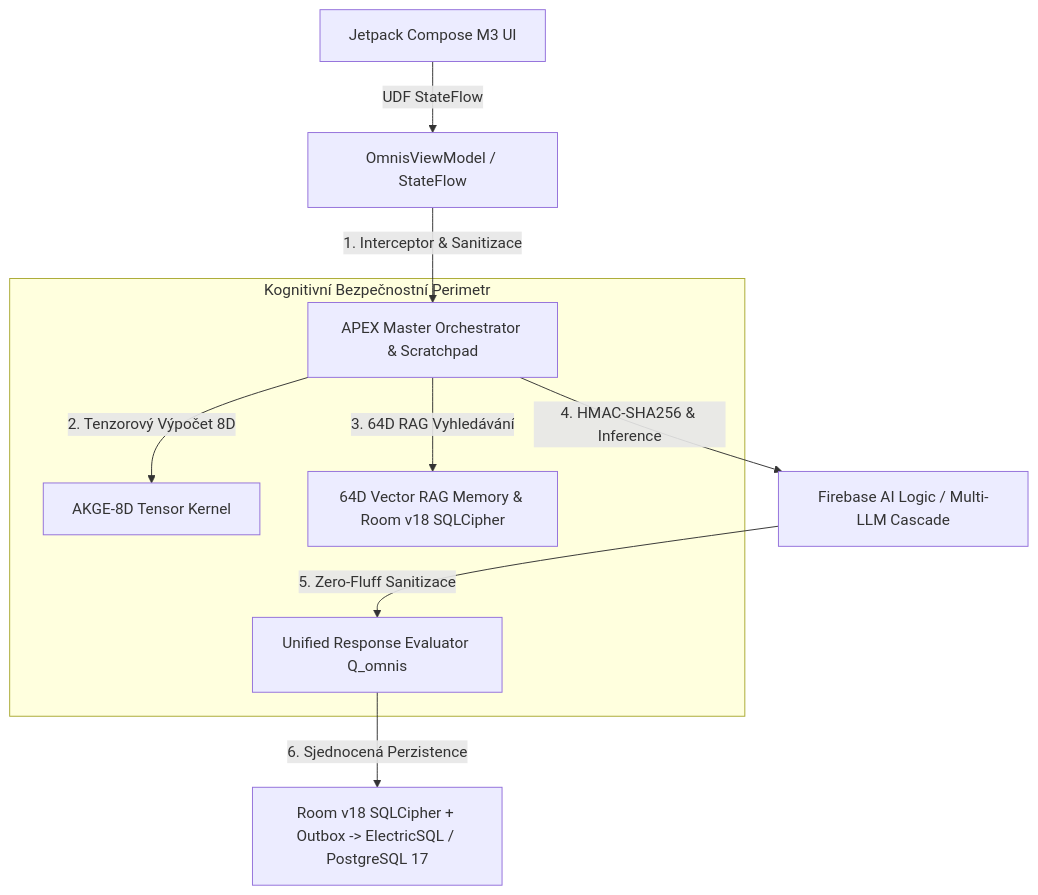
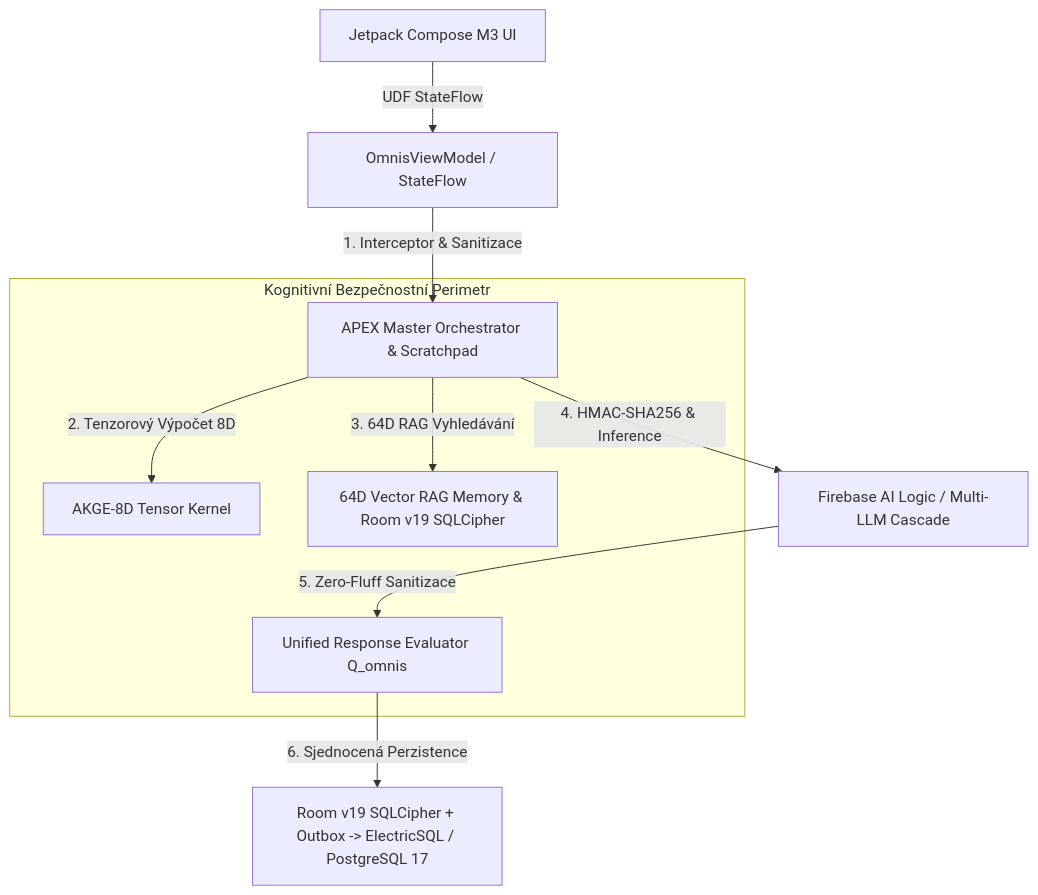
The first of 3 diagrams in README.md (suseto-ui/OMNIS_00), drawn with Mermaid before and after one commit. The commit also changed other lines of this file and 25 other files, not shown here.

````diff
--- a/README.md
+++ b/README.md
@@ -9,17 +9,17 @@
 ```mermaid
 graph TD
     UI[Jetpack Compose M3 UI] -->|UDF StateFlow| VM[OmnisViewModel / StateFlow]
     VM -->|1. Interceptor & Sanitizace| APEX[APEX Master Orchestrator & Scratchpad]
     APEX -->|2. Tenzorový Výpočet 8D| AKGE[AKGE-8D Tensor Kernel]
-    APEX -->|3. 64D RAG Vyhledávání| RAG[64D Vector RAG Memory & Room v18 SQLCipher]
+    APEX -->|3. 64D RAG Vyhledávání| RAG[64D Vector RAG Memory & Room v19 SQLCipher]
     APEX -->|4. HMAC-SHA256 & Inference| API[Firebase AI Logic / Multi-LLM Cascade]
     API -->|5. Zero-Fluff Sanitizace| VAL[Unified Response Evaluator Q_omnis]
-    VAL -->|6. Sjednocená Perzistence| DB[Room v18 SQLCipher + Outbox -> ElectricSQL / PostgreSQL 17]
+    VAL -->|6. Sjednocená Perzistence| DB[Room v19 SQLCipher + Outbox -> ElectricSQL / PostgreSQL 17]
 
     subgraph Kognitivní Bezpečnostní Perimetr
         APEX
         AKGE
         RAG
         VAL
     end
 ```
````
